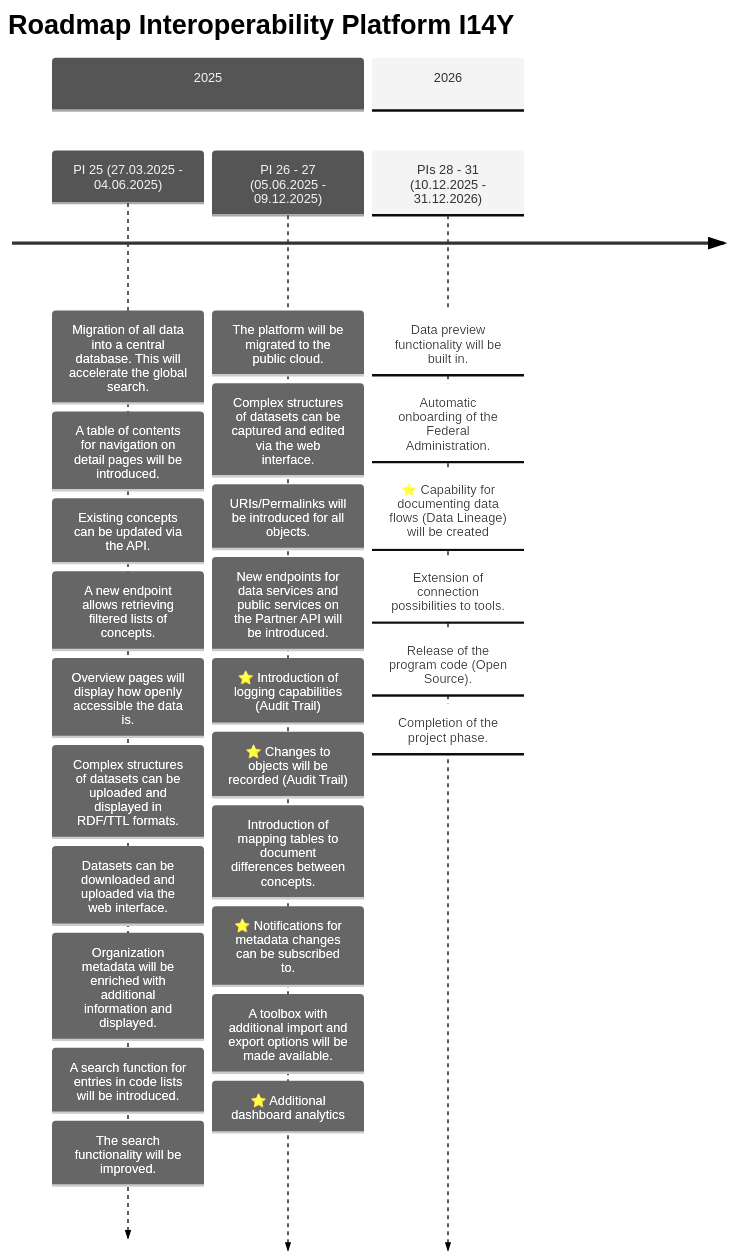
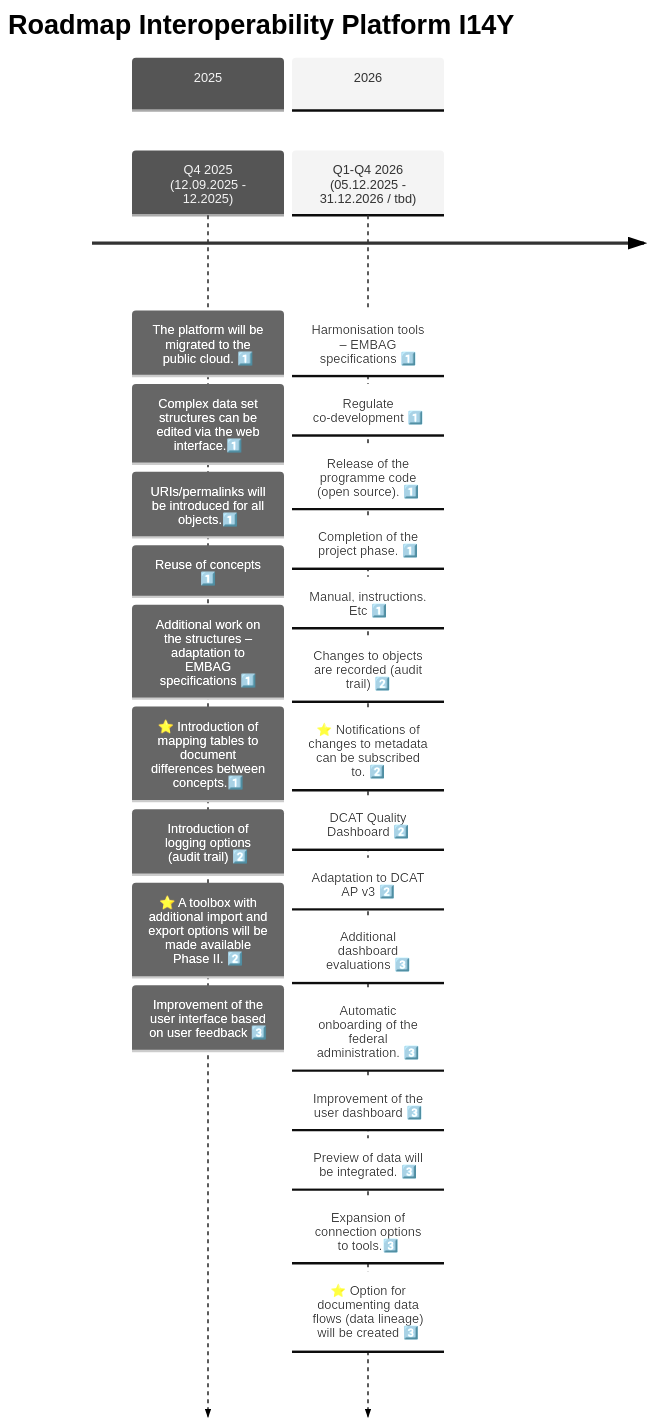
One commit to I14Y-ch/handbook changed the diagram in content/en/platform/roadmap.md. Above: the diagram before and after it, drawn with Mermaid (neutral theme). The commit also changed other lines of this file, not shown here.

Commit message:
Update roadmap also in English

```diff
--- a/content/en/platform/roadmap.md
+++ b/content/en/platform/roadmap.md
@@ -19,38 +19,35 @@
 {{< mermaid width="650px" >}}
 timeline
     title Roadmap Interoperability Platform I14Y
     
     section 2025
-        PI 25 (27.03.2025 - 04.06.2025)
-        : Migration of all data into a central database. This will accelerate the global search.
-        : A table of contents for navigation on detail pages will be introduced.
-        : Existing concepts can be updated via the API.
-        : A new endpoint allows retrieving filtered lists of concepts.
-        : Overview pages will display how openly accessible the data is.
-        : Complex structures of datasets can be uploaded and displayed in RDF/TTL formats.
-        : Datasets can be downloaded and uploaded via the web interface.
-        : Organization metadata will be enriched with additional information and displayed.
-        : A search function for entries in code lists will be introduced.
-        : The search functionality will be improved.
-        
-        PI 26 - 27 (05.06.2025 - 09.12.2025)
-        : The platform will be migrated to the public cloud.
-        : Complex structures of datasets can be captured and edited via the web interface.
-        : URIs/Permalinks will be introduced for all objects.
-        : New endpoints for data services and public services on the Partner API will be introduced.
-        : ⭐ Introduction of logging capabilities (Audit Trail)
-        : ⭐ Changes to objects will be recorded (Audit Trail)
-        : Introduction of mapping tables to document differences between concepts.
-        : ⭐ Notifications for metadata changes can be subscribed to.
-        : A toolbox with additional import and export options will be made available.
-        : ⭐ Additional dashboard analytics
-  
+        Q4 2025 (12.09.2025 - 12.2025)
+        : The platform will be migrated to the public cloud. 1️⃣
+        : Complex data set structures can be edited via the web interface.1️⃣
+        : URIs/permalinks will be introduced for all objects.1️⃣
+        : Reuse of concepts 1️⃣
+        : Additional work on the structures – adaptation to EMBAG specifications 1️⃣
+        : ⭐ Introduction of mapping tables to document differences between concepts.1️⃣
+        : Introduction of logging options (audit trail) 2️⃣
+        : ⭐ A toolbox with additional import and export options will be made available Phase II. 2️⃣
+        : Improvement of the user interface based on user feedback 3️⃣
+
     section 2026
-        PIs 28 - 31 (10.12.2025 - 31.12.2026)
-        : Data preview functionality will be built in.
-        : Automatic onboarding of the Federal Administration.
-        : ⭐ Capability for documenting data flows (Data Lineage) will be created
-        : Extension of connection possibilities to tools.
-        : Release of the program code (Open Source).
-        : Completion of the project phase.
+        Q1-Q4 2026 (05.12.2025 - 31.12.2026 / tbd)
+        : Harmonisation tools – EMBAG specifications 1️⃣
+        : Regulate co-development 1️⃣
+        : Release of the programme code (open source). 1️⃣
+        : Completion of the project phase. 1️⃣
+        : Manual, instructions. Etc 1️⃣
+        : Changes to objects are recorded (audit trail) 2️⃣
+        : ⭐ Notifications of changes to metadata can be subscribed to. 2️⃣
+        : DCAT Quality Dashboard 2️⃣
+        : Adaptation to DCAT AP v3 2️⃣
+        : Additional dashboard evaluations 3️⃣
+        : Automatic onboarding of the federal administration. 3️⃣
+        : Improvement of the user dashboard 3️⃣
+        : Preview of data will be integrated. 3️⃣
+        : Expansion of connection options to tools.3️⃣
+        : ⭐ Option for documenting data flows (data lineage) will be created 3️⃣
+
 {{< /mermaid >}}
```
